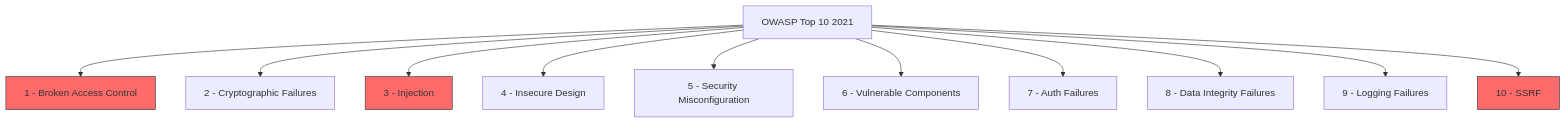
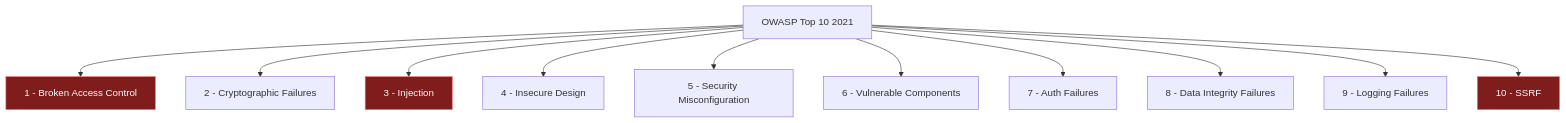
One commit to UnrealTemplier/go-textbook changed the first of 3 diagrams in sources/17. Безопасность (AppSec в Go)/01. Фундамент/3. OWASP Top 10 для backend разработчика.md. Above: the diagram before and after it, drawn with Mermaid. The commit also changed other lines of this file and 310 other files, not shown here.

First line of the commit message:
fix(mermaid): replace light fill colors with dark palette for readability on dark theme

````diff
--- a/sources/17. Безопасность (AppSec в Go)/01. Фундамент/3. OWASP Top 10 для backend разработчика.md
+++ b/sources/17. Безопасность (AppSec в Go)/01. Фундамент/3. OWASP Top 10 для backend разработчика.md
@@ -12,17 +12,17 @@
 ```mermaid
 flowchart TD
     A["OWASP Top 10 2021"] --> B["1 - Broken Access Control"]
     A --> C["2 - Cryptographic Failures"]
     A --> D["3 - Injection"]
     A --> E["4 - Insecure Design"]
     A --> F["5 - Security Misconfiguration"]
     A --> G["6 - Vulnerable Components"]
     A --> H["7 - Auth Failures"]
     A --> I["8 - Data Integrity Failures"]
     A --> J["9 - Logging Failures"]
     A --> K["10 - SSRF"]
     
-    style B fill:#ff6b6b,stroke:#333
-    style D fill:#ff6b6b,stroke:#333
-    style K fill:#ff6b6b,stroke:#333
+    style B fill:#7f1d1d,stroke:#f87171,color:#f8fafc
+    style D fill:#7f1d1d,stroke:#f87171,color:#f8fafc
+    style K fill:#7f1d1d,stroke:#f87171,color:#f8fafc
 ```
````
